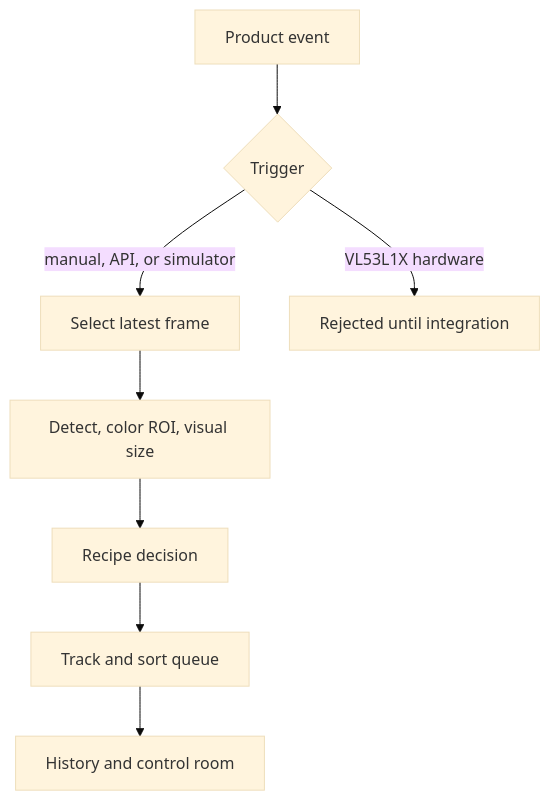
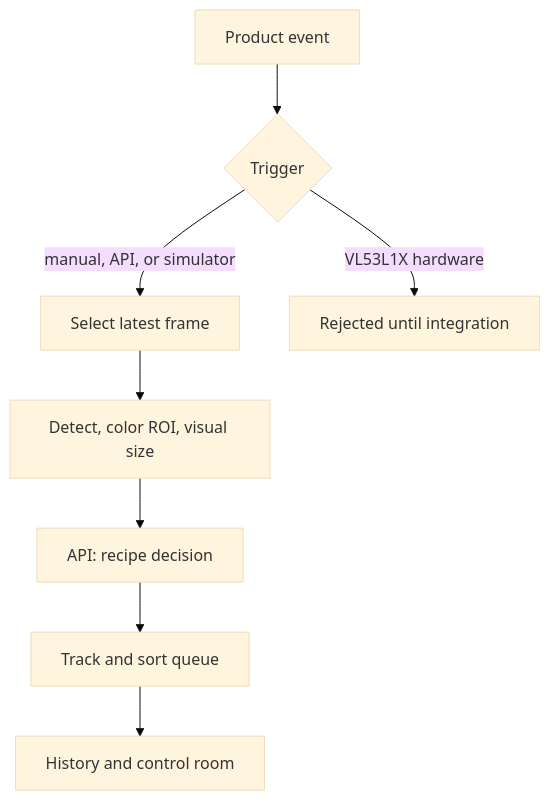
Before and after one commit to pitonmert/smart-line: the second of 5 diagrams in README.md, drawn with Mermaid (base theme). The commit also changed other lines of this file and 133 other files, not shown here.

First line of the commit message:
refactor!: simplify hosting and production inspection flow

````diff
--- a/README.md
+++ b/README.md
@@ -22,10 +22,10 @@
 ```mermaid
 flowchart TD
   A["Product event"] --> B{"Trigger"}
   B -->|manual, API, or simulator| C["Select latest frame"]
   B -->|VL53L1X hardware| H["Rejected until integration"]
   C --> D["Detect, color ROI, visual size"]
-  D --> E["Recipe decision"]
+  D --> E["API: recipe decision"]
   E --> F["Track and sort queue"]
   F --> G["History and control room"]
 ```
````
